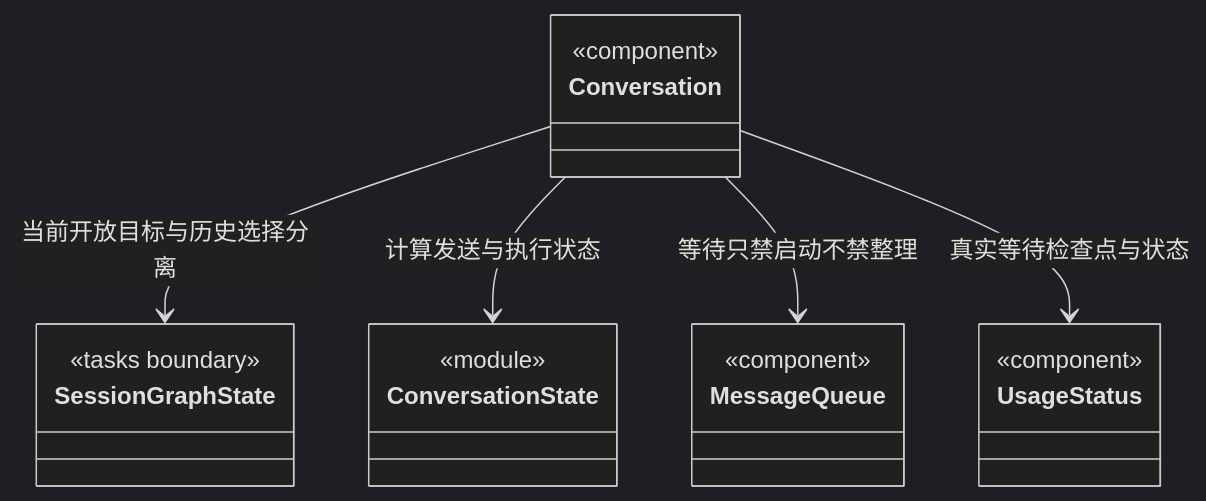
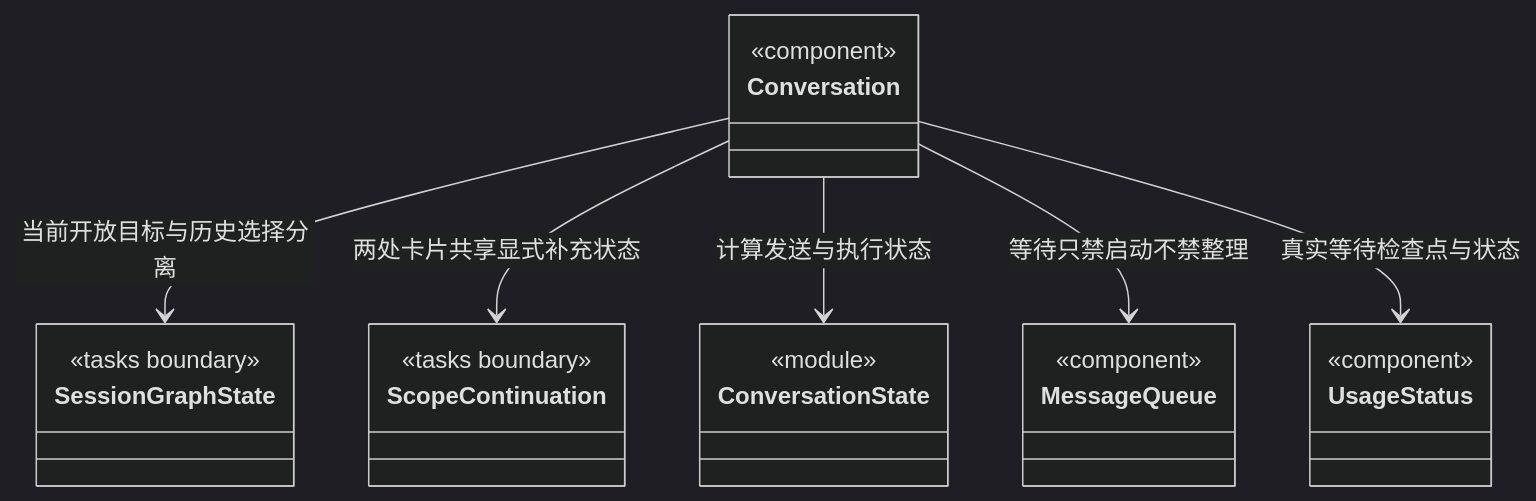
Before and after one commit to nan023062/cbim: diagram 36 of 36 in src/frontend/conversation/ARCHITECTURE.md, drawn with Mermaid (dark theme). The commit also changed other lines of this file and 60 other files, not shown here.

````diff
--- a/src/frontend/conversation/ARCHITECTURE.md
+++ b/src/frontend/conversation/ARCHITECTURE.md
@@ -578,12 +580,14 @@
 ```mermaid
 classDiagram
 class Conversation { <<component>> }
 class ConversationState { <<module>> }
 class SessionGraphState { <<tasks boundary>> }
+class ScopeContinuation { <<tasks boundary>> }
 class MessageQueue { <<component>> }
 class UsageStatus { <<component>> }
 Conversation --> SessionGraphState : 当前开放目标与历史选择分离
+Conversation --> ScopeContinuation : 两处卡片共享显式补充状态
 Conversation --> ConversationState : 计算发送与执行状态
 Conversation --> MessageQueue : 等待只禁启动不禁整理
 Conversation --> UsageStatus : 真实等待检查点与状态
 ```
````
